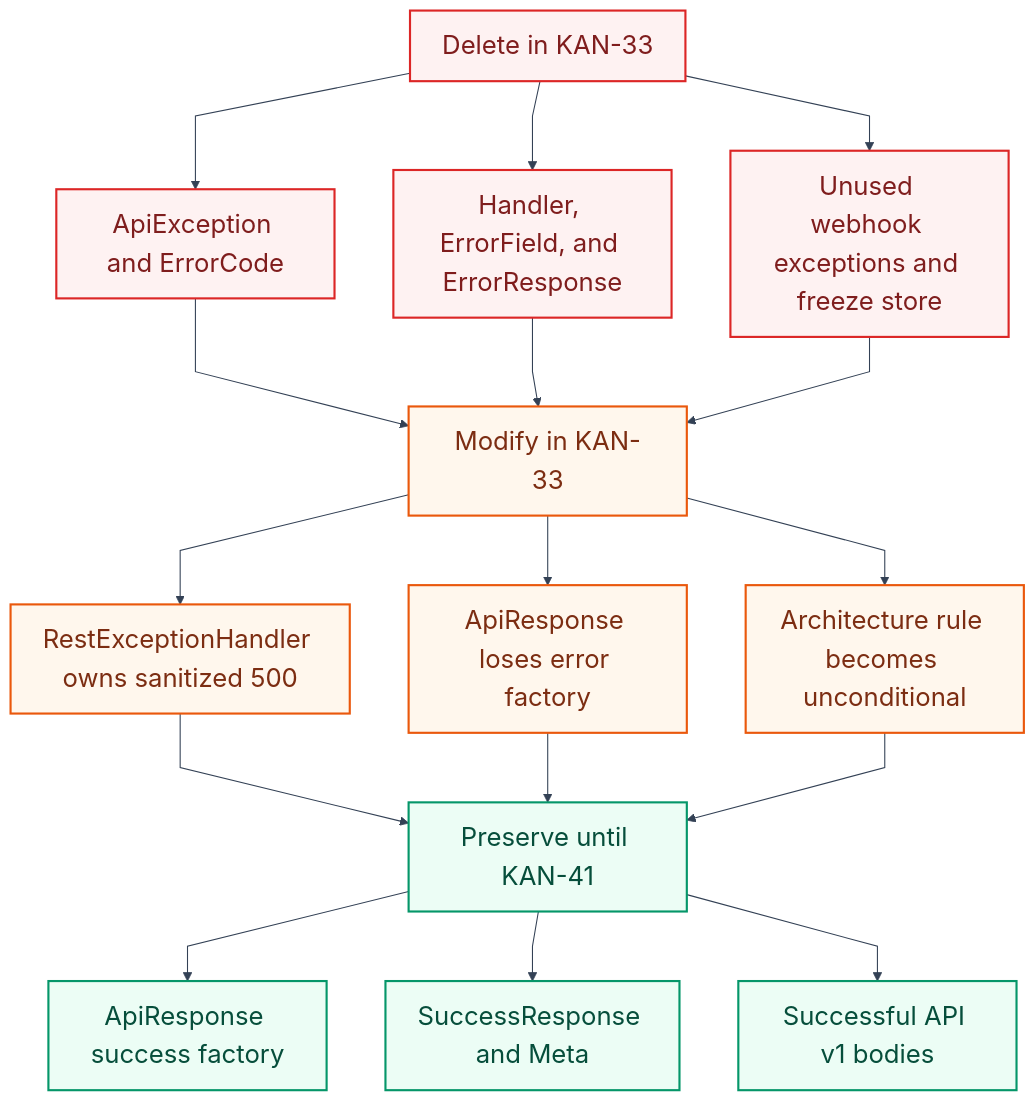
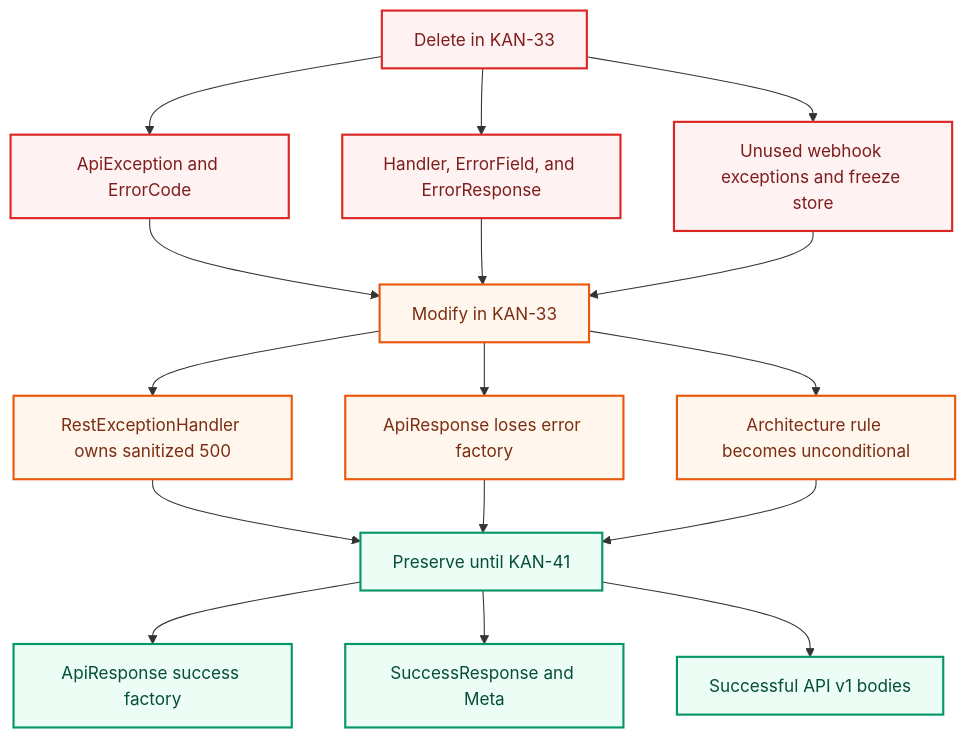
One commit to kundankumar7/optrabidz changed the diagram in docs/error-handling/work-items/KAN-33-legacy-exception-removal/assets/legacy-deletion-boundary.mmd. Above: the diagram before and after it, drawn with Mermaid. The commit also changed 16 other files, not shown here.

Commit message:
Standardize Mermaid diagram output (KAN-39)

```diff
--- a/docs/error-handling/work-items/KAN-33-legacy-exception-removal/assets/legacy-deletion-boundary.mmd
+++ b/docs/error-handling/work-items/KAN-33-legacy-exception-removal/assets/legacy-deletion-boundary.mmd
@@ -1,27 +1,29 @@
-%%{init: {"theme":"base","themeVariables":{"fontSize":"24px","fontFamily":"Arial, sans-serif","primaryColor":"#EFF6FF","primaryTextColor":"#0F172A","primaryBorderColor":"#2563EB","lineColor":"#334155","secondaryColor":"#F8FAFC","tertiaryColor":"#FEF2F2","clusterBkg":"#FFFFFF","clusterBorder":"#94A3B8","edgeLabelBackground":"#FFFFFF"},"flowchart":{"htmlLabels":false,"curve":"linear","nodeSpacing":55,"rankSpacing":65}}}%%
 flowchart TB
+    accTitle: Legacy error contract deletion boundary
+    accDescr: KAN-33 deletes the legacy error model and unused webhook exceptions, updates the shared handler and architecture rule, and preserves successful API response structures for KAN-41.
+
     D0[Delete in KAN-33]
     D0 --> D1[ApiException and ErrorCode]
     D0 --> D2[Handler, ErrorField, and ErrorResponse]
     D0 --> D3[Unused webhook exceptions and freeze store]
 
     D1 --> M0[Modify in KAN-33]
     D2 --> M0
     D3 --> M0
     M0 --> M1[RestExceptionHandler owns sanitized 500]
     M0 --> M2[ApiResponse loses error factory]
     M0 --> M3[Architecture rule becomes unconditional]
 
     M1 --> K0[Preserve until KAN-41]
     M2 --> K0
     M3 --> K0
     K0 --> K1[ApiResponse success factory]
     K0 --> K2[SuccessResponse and Meta]
     K0 --> K3[Successful API v1 bodies]
 
     classDef removed fill:#FEF2F2,stroke:#DC2626,color:#7F1D1D,stroke-width:2px;
     classDef changed fill:#FFF7ED,stroke:#EA580C,color:#7C2D12,stroke-width:2px;
     classDef kept fill:#ECFDF5,stroke:#059669,color:#064E3B,stroke-width:2px;
     class D0,D1,D2,D3 removed;
     class M0,M1,M2,M3 changed;
     class K0,K1,K2,K3 kept;
```
